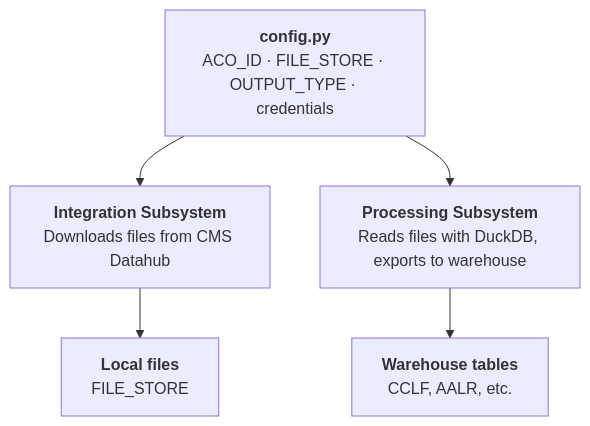
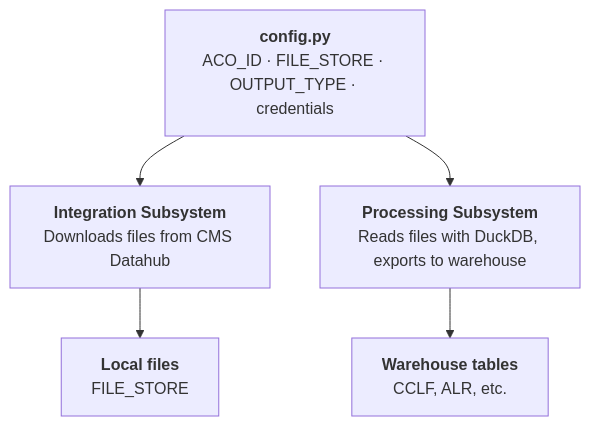
One commit to tuva-health/tuva changed the diagram in docs/docs/mssp-acos/mssp-pipeline.md. Above: the diagram before and after it, drawn with Mermaid. The commit also changed 3 other files, not shown here.

Commit message:
Update AALR & ALR references to be consistent

````diff
--- a/docs/docs/mssp-acos/mssp-pipeline.md
+++ b/docs/docs/mssp-acos/mssp-pipeline.md
@@ -15,13 +15,13 @@
 ```mermaid
 flowchart TD
     config["`**config.py**
 ACO_ID · FILE_STORE · OUTPUT_TYPE · credentials`"]
     config --> integration["`**Integration Subsystem**
 Downloads files from CMS Datahub`"]
     config --> processing["`**Processing Subsystem**
 Reads files with DuckDB, exports to warehouse`"]
     integration --> local["`**Local files**
 FILE_STORE`"]
     processing --> warehouse["`**Warehouse tables**
-CCLF, AALR, etc.`"]
+CCLF, ALR, etc.`"]
 ```
````
